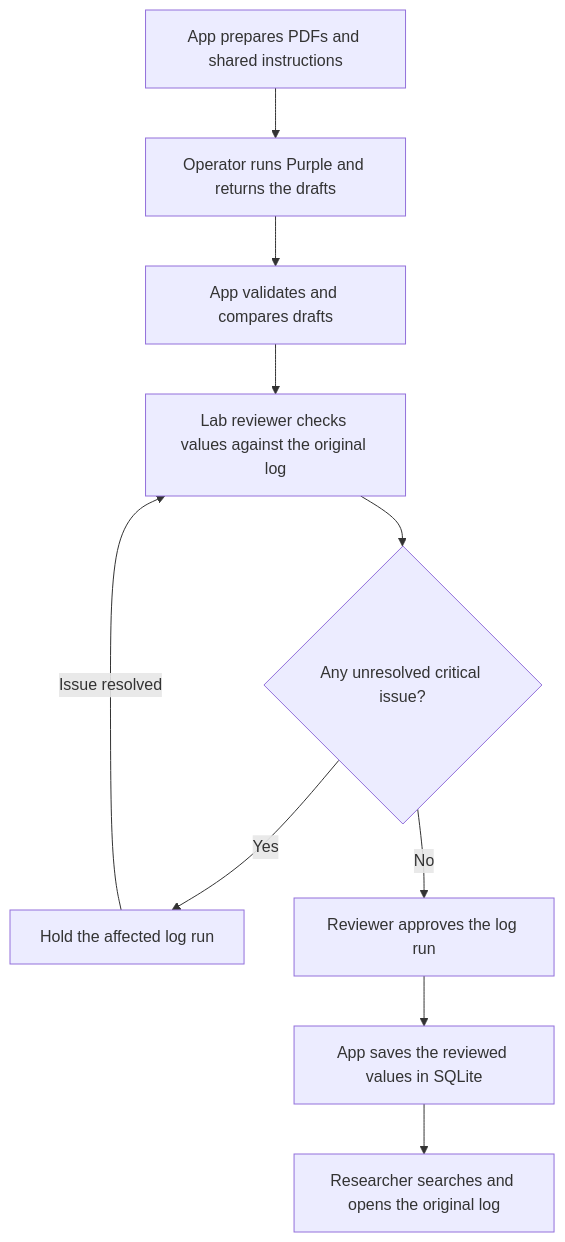
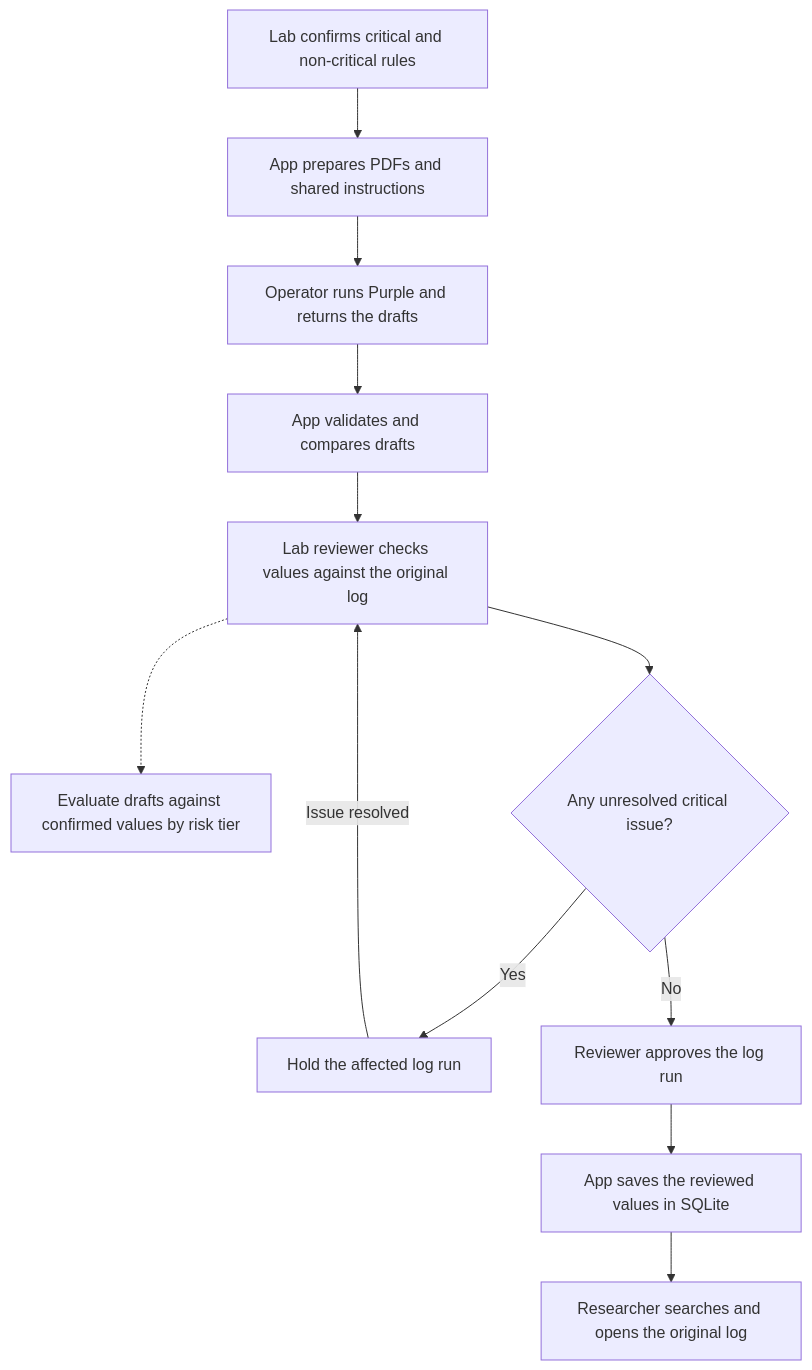
The diagram in docs/design-document.md (irisyjchang/quantum-materials-ai-archive), drawn with Mermaid before and after one commit. The commit also changed other lines of this file, not shown here.

````diff
--- a/docs/design-document.md
+++ b/docs/design-document.md
@@ -36,12 +36,14 @@
 ```mermaid
 flowchart TD
+    R[Lab confirms critical and non-critical rules] --> A
     A[App prepares PDFs and shared instructions] --> D[Operator runs Purple and returns the drafts]
     D --> F[App validates and compares drafts]
     F --> G[Lab reviewer checks values against the original log]
+    G -.-> M[Evaluate drafts against confirmed values by risk tier]
     G --> H{Any unresolved critical issue?}
     H -->|Yes| I[Hold the affected log run]
     I -->|Issue resolved| G
     H -->|No| J[Reviewer approves the log run]
     J --> K[App saves the reviewed values in SQLite]
     K --> L[Researcher searches and opens the original log]
 ```
````
